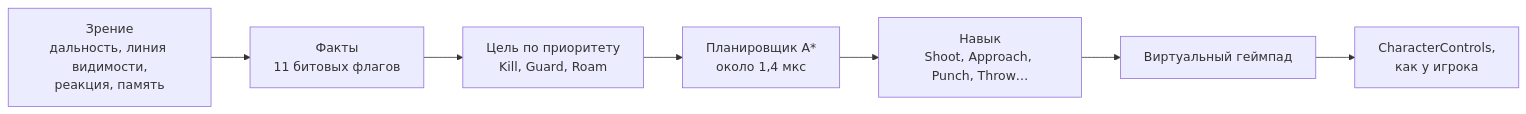
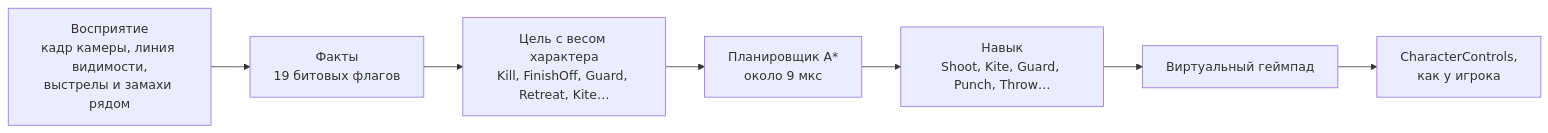
The seventh of 8 diagrams in README.md (pndte/match-please), drawn with Mermaid before and after one commit. The commit also changed other lines of this file, not shown here.

````diff
--- a/README.md
+++ b/README.md
@@ -723,9 +736,9 @@
 ```mermaid
 flowchart LR
-    Sight["Зрение<br/>дальность, линия видимости,<br/>реакция, память"] --> Facts["Факты<br/>11 битовых флагов"]
-    Facts --> Goal["Цель по приоритету<br/>Kill, Guard, Roam"]
-    Goal --> Planner["Планировщик A*<br/>около 1,4 мкс"]
-    Planner --> Skill["Навык<br/>Shoot, Approach, Punch, Throw…"]
+    Sense["Восприятие<br/>кадр камеры, линия видимости,<br/>выстрелы и замахи рядом"] --> Facts["Факты<br/>19 битовых флагов"]
+    Facts --> Goal["Цель с весом характера<br/>Kill, FinishOff, Guard, Retreat, Kite…"]
+    Goal --> Planner["Планировщик A*<br/>около 9 мкс"]
+    Planner --> Skill["Навык<br/>Shoot, Kite, Guard, Punch, Throw…"]
     Skill --> Pad["Виртуальный геймпад"]
     Pad --> Input["CharacterControls,<br/>как у игрока"]
 ```
````
